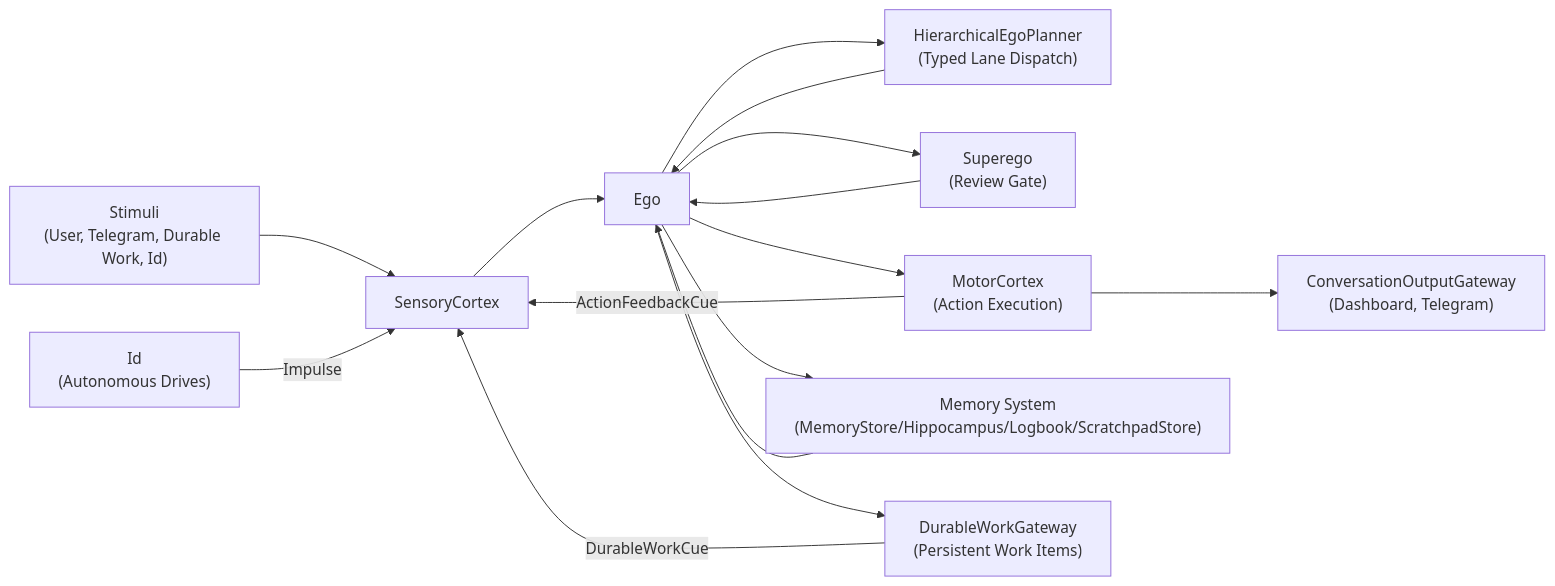
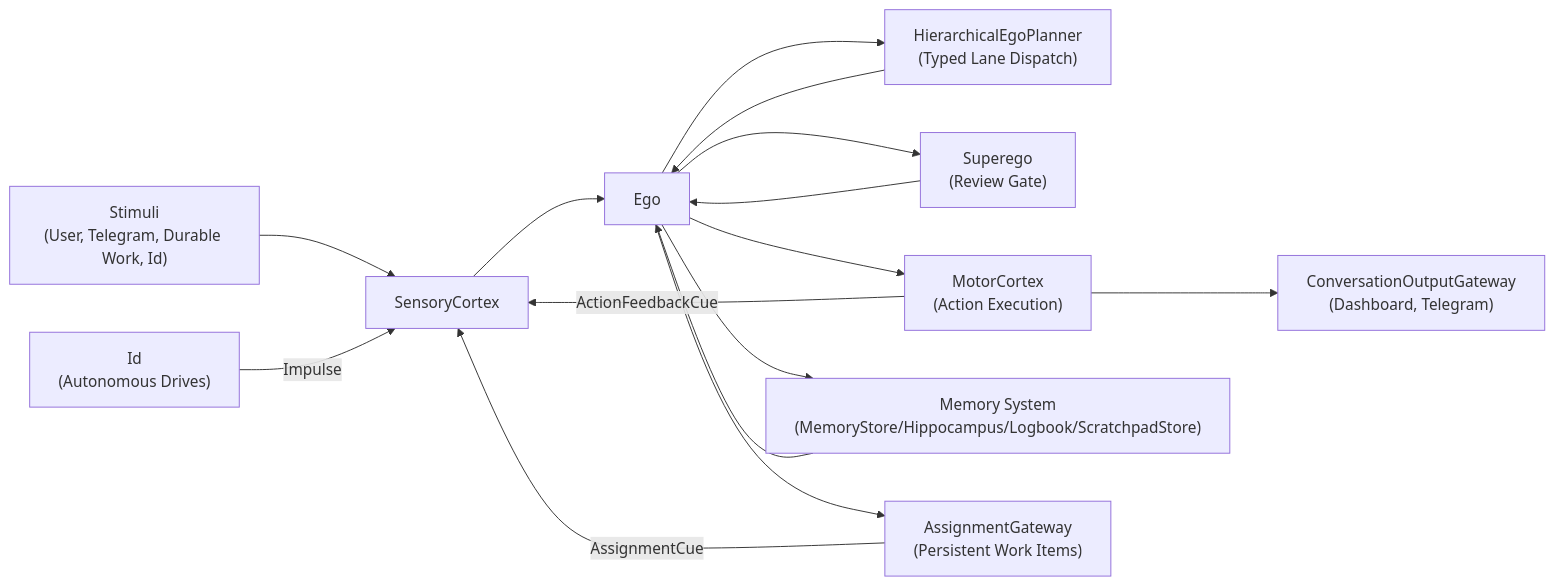
The first of 9 diagrams in AGENT_LOGIC_DIAGRAM.md (neopsyke/NeoPsyke), drawn with Mermaid before and after one commit. The commit also changed other lines of this file and 231 other files, not shown here.

Commit message:
refactor(planner)!: rename durable work and goal surfaces to assignment

````diff
--- a/AGENT_LOGIC_DIAGRAM.md
+++ b/AGENT_LOGIC_DIAGRAM.md
@@ -12,17 +12,17 @@
 ```mermaid
 flowchart LR
     Input["Stimuli\n(User, Telegram, Durable Work, Id)"] --> SC["SensoryCortex"]
     SC --> Ego["Ego"]
     Ego --> Planner["HierarchicalEgoPlanner\n(Typed Lane Dispatch)"]
     Planner --> Ego
     Ego --> Sup["Superego\n(Review Gate)"]
     Sup --> Ego
     Ego --> MC["MotorCortex\n(Action Execution)"]
     MC -->|"ActionFeedbackCue"| SC
     Id["Id\n(Autonomous Drives)"] -->|"Impulse"| SC
     Ego --> Mem["Memory System\n(MemoryStore/Hippocampus/Logbook/ScratchpadStore)"]
     Mem --> Ego
-    Ego --> Goals["DurableWorkGateway\n(Persistent Work Items)"]
-    Goals -->|"DurableWorkCue"| SC
+    Ego --> Assignments["AssignmentGateway\n(Persistent Work Items)"]
+    Assignments -->|"AssignmentCue"| SC
     MC --> Output["ConversationOutputGateway\n(Dashboard, Telegram)"]
 ```
````
